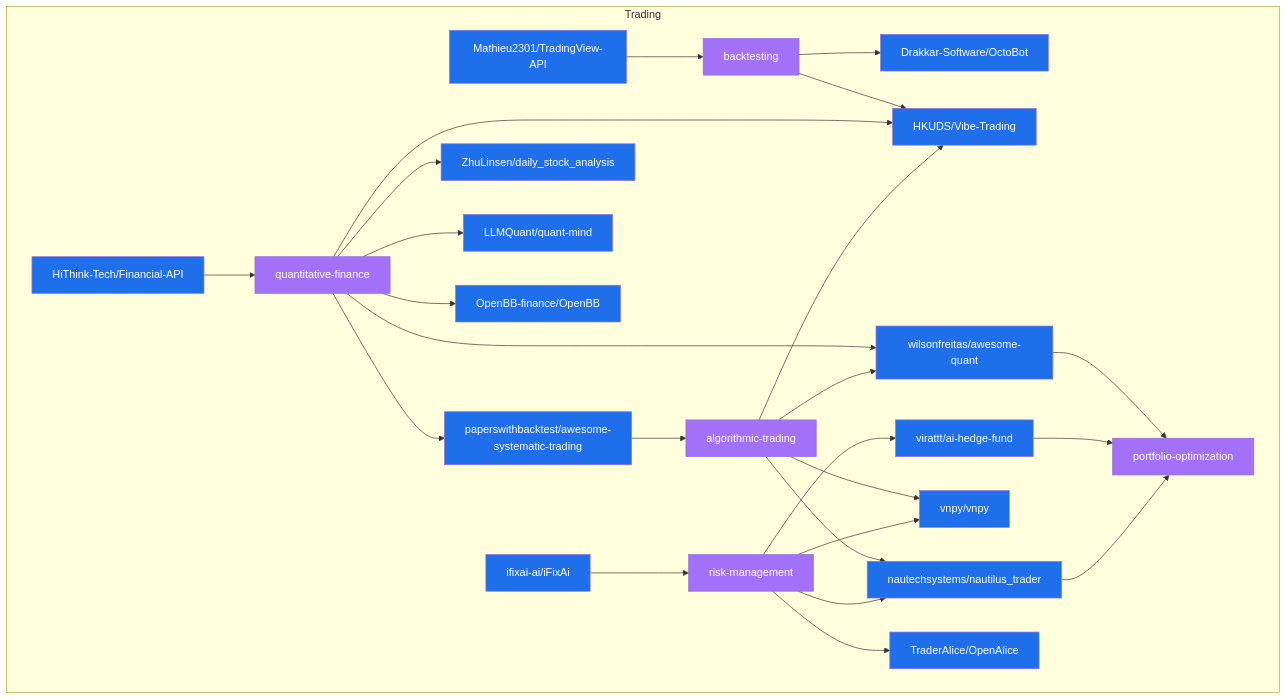
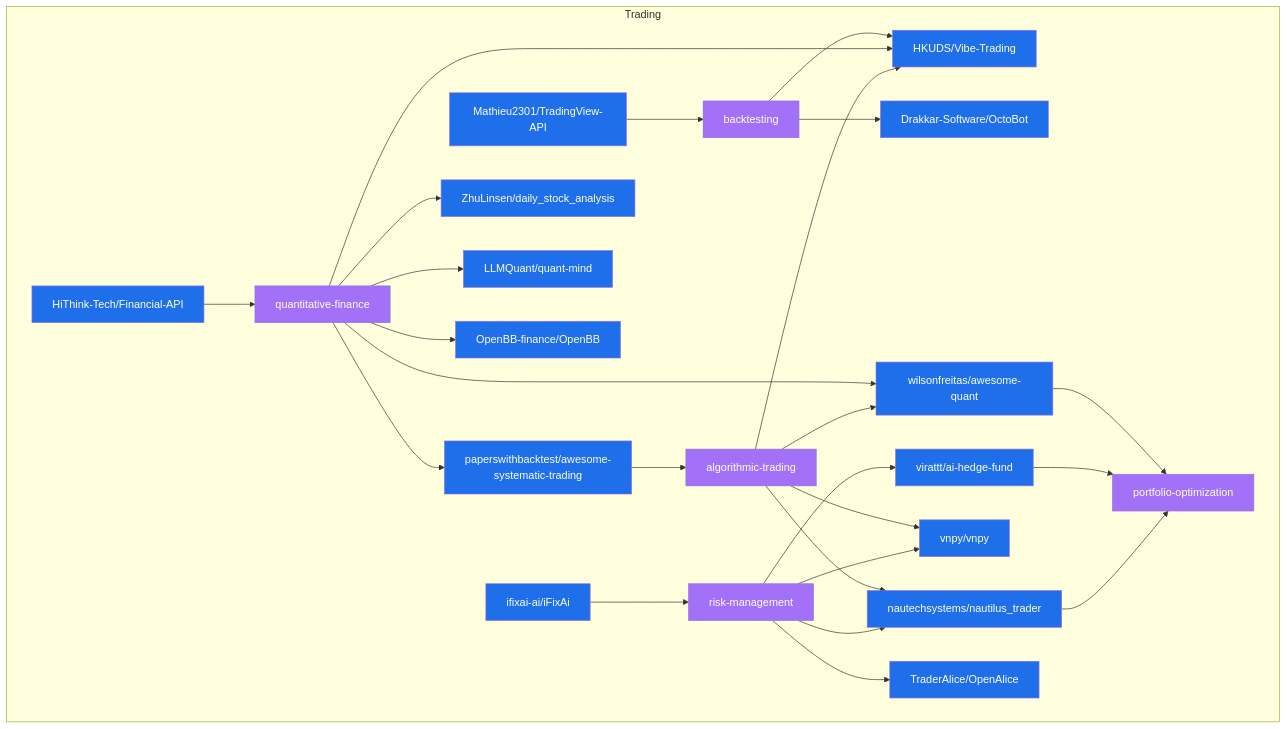
Before and after one commit to Meru143/star-graph: the diagram in data/star_graph_trading.mermaid, drawn with Mermaid. The commit also changed other lines of this file and 15 other files, not shown here.

Commit message:
chore: weekly star graph update 2026-09-28

```diff
--- a/data/star_graph_trading.mermaid
+++ b/data/star_graph_trading.mermaid
@@ -1,50 +1,50 @@
 graph TD
   subgraph trading ["Trading"]
+    quantitative_finance["quantitative-finance"]:::topic
+    nautechsystems_nautilus_trader["nautechsystems/nautilus_trader"]:::repo
+    portfolio_optimization["portfolio-optimization"]:::topic
+    Mathieu2301_TradingView_API["Mathieu2301/TradingView-API"]:::repo
+    vnpy_vnpy["vnpy/vnpy"]:::repo
     Drakkar_Software_OctoBot["Drakkar-Software/OctoBot"]:::repo
+    LLMQuant_quant_mind["LLMQuant/quant-mind"]:::repo
+    ZhuLinsen_daily_stock_analysis["ZhuLinsen/daily_stock_analysis"]:::repo
+    HKUDS_Vibe_Trading["HKUDS/Vibe-Trading"]:::repo
+    backtesting["backtesting"]:::topic
+    HiThink_Tech_Financial_API["HiThink-Tech/Financial-API"]:::repo
+    risk_management["risk-management"]:::topic
     algorithmic_trading["algorithmic-trading"]:::topic
-    risk_management["risk-management"]:::topic
-    quantitative_finance["quantitative-finance"]:::topic
+    ifixai_ai_iFixAi["ifixai-ai/iFixAi"]:::repo
+    TraderAlice_OpenAlice["TraderAlice/OpenAlice"]:::repo
+    wilsonfreitas_awesome_quant["wilsonfreitas/awesome-quant"]:::repo
+    paperswithbacktest_awesome_systematic_trading["paperswithbacktest/awesome-systematic-trading"]:::repo
     virattt_ai_hedge_fund["virattt/ai-hedge-fund"]:::repo
-    vnpy_vnpy["vnpy/vnpy"]:::repo
-    Mathieu2301_TradingView_API["Mathieu2301/TradingView-API"]:::repo
-    wilsonfreitas_awesome_quant["wilsonfreitas/awesome-quant"]:::repo
     OpenBB_finance_OpenBB["OpenBB-finance/OpenBB"]:::repo
-    nautechsystems_nautilus_trader["nautechsystems/nautilus_trader"]:::repo
-    LLMQuant_quant_mind["LLMQuant/quant-mind"]:::repo
-    HiThink_Tech_Financial_API["HiThink-Tech/Financial-API"]:::repo
-    TraderAlice_OpenAlice["TraderAlice/OpenAlice"]:::repo
-    paperswithbacktest_awesome_systematic_trading["paperswithbacktest/awesome-systematic-trading"]:::repo
-    portfolio_optimization["portfolio-optimization"]:::topic
-    backtesting["backtesting"]:::topic
-    ZhuLinsen_daily_stock_analysis["ZhuLinsen/daily_stock_analysis"]:::repo
-    ifixai_ai_iFixAi["ifixai-ai/iFixAi"]:::repo
-    HKUDS_Vibe_Trading["HKUDS/Vibe-Trading"]:::repo
   end
   Mathieu2301_TradingView_API --> backtesting
   backtesting --> HKUDS_Vibe_Trading
   backtesting --> Drakkar_Software_OctoBot
   HiThink_Tech_Financial_API --> quantitative_finance
   quantitative_finance --> paperswithbacktest_awesome_systematic_trading
   quantitative_finance --> ZhuLinsen_daily_stock_analysis
   quantitative_finance --> wilsonfreitas_awesome_quant
   quantitative_finance --> HKUDS_Vibe_Trading
   quantitative_finance --> LLMQuant_quant_mind
   quantitative_finance --> OpenBB_finance_OpenBB
   paperswithbacktest_awesome_systematic_trading --> algorithmic_trading
   algorithmic_trading --> HKUDS_Vibe_Trading
   algorithmic_trading --> wilsonfreitas_awesome_quant
   algorithmic_trading --> nautechsystems_nautilus_trader
   algorithmic_trading --> vnpy_vnpy
   ifixai_ai_iFixAi --> risk_management
   risk_management --> virattt_ai_hedge_fund
   risk_management --> nautechsystems_nautilus_trader
   risk_management --> TraderAlice_OpenAlice
   risk_management --> vnpy_vnpy
   wilsonfreitas_awesome_quant --> portfolio_optimization
   virattt_ai_hedge_fund --> portfolio_optimization
   nautechsystems_nautilus_trader --> portfolio_optimization
   classDef repo fill:#1f6feb,color:#fff;
   classDef topic fill:#a371f7,color:#fff;
   classDef technology fill:#3fb950,color:#fff;
   classDef use_case fill:#d29922,color:#fff;
   classDef architecture fill:#f85149,color:#fff;
```
